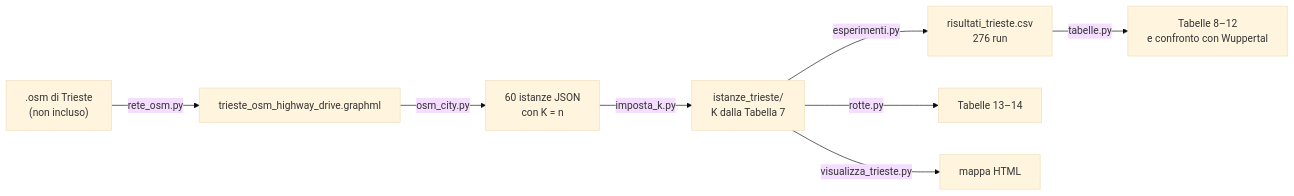
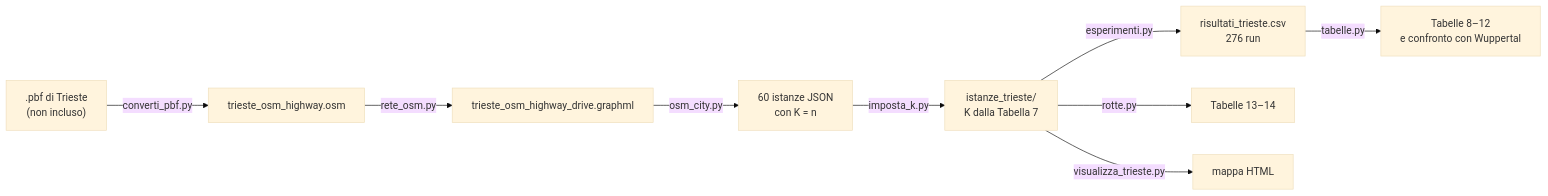
One commit to Giovnn/MathOpti2026 changed the diagram in README.md. Above: the diagram before and after it, drawn with Mermaid (base theme). The commit also changed other lines of this file, not shown here.

````diff
--- a/README.md
+++ b/README.md
@@ -218,10 +220,11 @@
 ```mermaid
 flowchart LR
-    A[".osm di Trieste<br/>(non incluso)"] -->|rete_osm.py| B["trieste_osm_highway_drive.graphml"]
+    P[".pbf di Trieste<br/>(non incluso)"] -->|converti_pbf.py| A["trieste_osm_highway.osm"]
+    A -->|rete_osm.py| B["trieste_osm_highway_drive.graphml"]
     B -->|osm_city.py| C["60 istanze JSON<br/>con K = n"]
     C -->|imposta_k.py| D["istanze_trieste/<br/>K dalla Tabella 7"]
     D -->|esperimenti.py| E["risultati_trieste.csv<br/>276 run"]
     E -->|tabelle.py| F["Tabelle 8–12<br/>e confronto con Wuppertal"]
     D -->|rotte.py| G["Tabelle 13–14"]
     D -->|visualizza_trieste.py| H["mappa HTML"]
 ```
````
